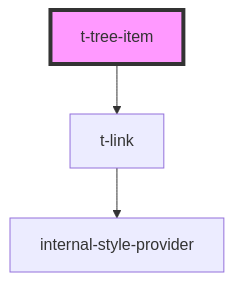
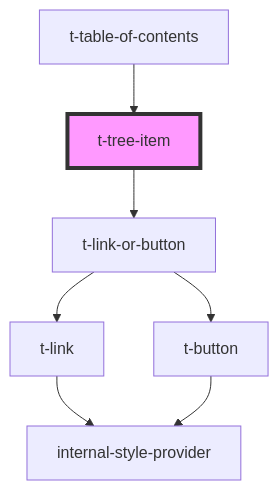
The diagram in packages/t-web-components/src/components/t-tree-item/readme.md (TomasEng/web-components), drawn with Mermaid before and after one commit. The commit also changed other lines of this file and 25 other files, not shown here.

````diff
--- a/packages/t-web-components/src/components/t-tree-item/readme.md
+++ b/packages/t-web-components/src/components/t-tree-item/readme.md
@@ -152,6 +163,10 @@
 ```mermaid
 graph TD;
-  t-tree-item --> t-link
+  t-tree-item --> t-link-or-button
+  t-link-or-button --> t-link
+  t-link-or-button --> t-button
   t-link --> internal-style-provider
+  t-button --> internal-style-provider
+  t-table-of-contents --> t-tree-item
   style t-tree-item fill:#f9f,stroke:#333,stroke-width:4px
 ```
````
